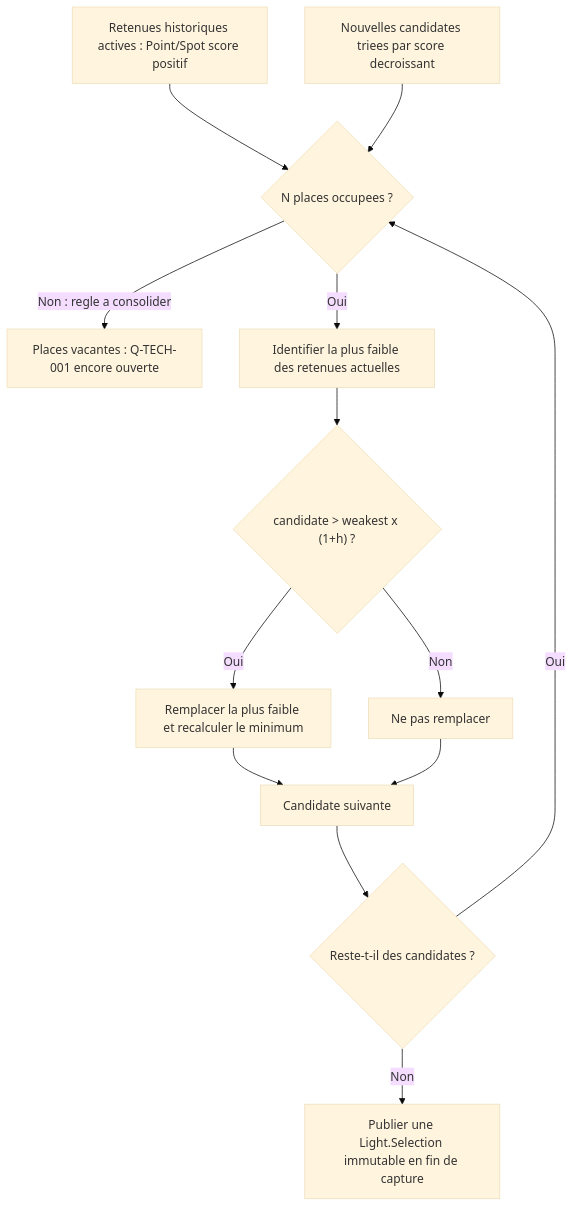
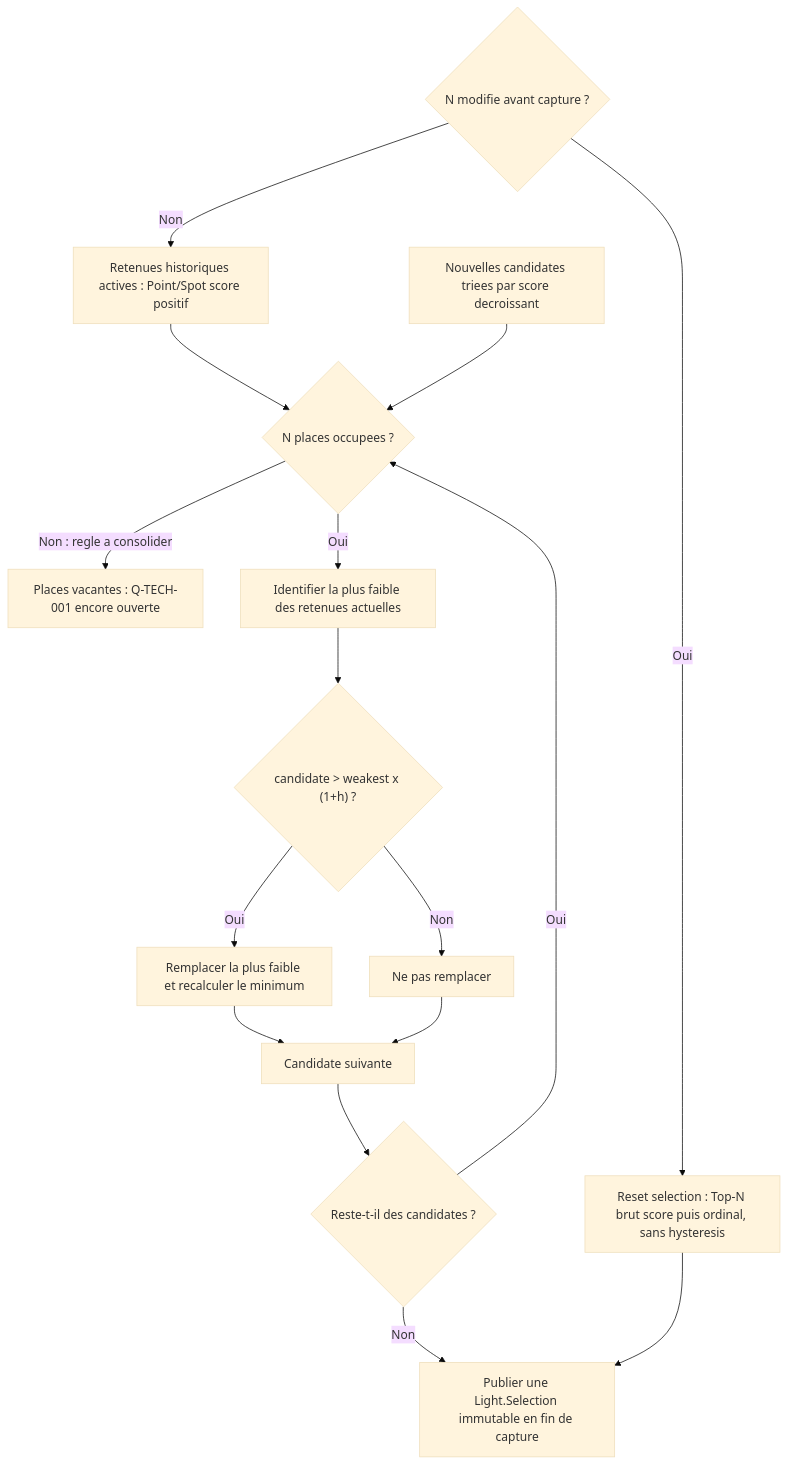
Before and after one commit to EreliaStudio/Sparkle: the ninth of 13 diagrams in docs/voxel-engine-v0.1.4/08-lumieres-et-ombres.md, drawn with Mermaid (base theme). The commit also changed other lines of this file, not shown here.

Commit message:
docs(v0.1.4): approve Q-TECH-001 reset and raw Top-N recomputation on N change

````diff
--- a/docs/voxel-engine-v0.1.4/08-lumieres-et-ombres.md
+++ b/docs/voxel-engine-v0.1.4/08-lumieres-et-ombres.md
@@ -301,15 +326,18 @@
 ```mermaid
 flowchart TD
   Prev["Retenues historiques actives : Point/Spot score positif"] --> Full{"N places occupees ?"}
+  Changed{"N modifie avant capture ?"} -->|"Oui"| Reset["Reset selection : Top-N brut score puis ordinal, sans hysteresis"]
+  Changed -->|"Non"| Prev
   Candidates["Nouvelles candidates triees par score decroissant"] --> Full
   Full -->|"Non : regle a consolider"| Open["Places vacantes : Q-TECH-001 encore ouverte"]
   Full -->|"Oui"| Weak["Identifier la plus faible des retenues actuelles"]
   Weak --> Gate{"candidate > weakest x (1+h) ?"}
   Gate -->|"Oui"| Swap["Remplacer la plus faible et recalculer le minimum"]
   Gate -->|"Non"| Skip["Ne pas remplacer"]
   Swap --> Next["Candidate suivante"]
   Skip --> Next
   Next --> More{"Reste-t-il des candidates ?"}
   More -->|"Oui"| Full
   More -->|"Non"| Output["Publier une Light.Selection immutable en fin de capture"]
+  Reset --> Output
 ```
````
